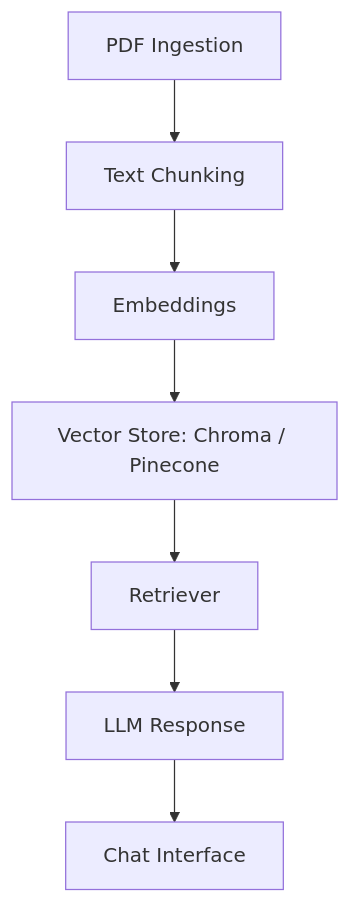
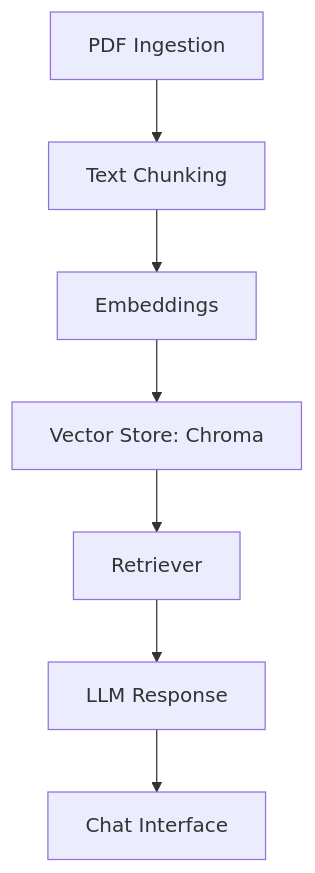
The diagram in LangChain/ChatPDF/README.md (abdullaharifx/PL-Work), drawn with Mermaid before and after one commit.

Commit message:
fix: Update architecture diagram to reflect changes in vector store usage

````diff
--- a/LangChain/ChatPDF/README.md
+++ b/LangChain/ChatPDF/README.md
@@ -56,9 +56,9 @@
 ```mermaid
 flowchart TD
     A[PDF Ingestion] --> B[Text Chunking]
     B --> C[Embeddings]
-    C --> D["Vector Store: Chroma / Pinecone"]
+    C --> D["Vector Store: Chroma"]
     D --> E[Retriever]
     E --> F[LLM Response]
     F --> G[Chat Interface]
 ```
````
